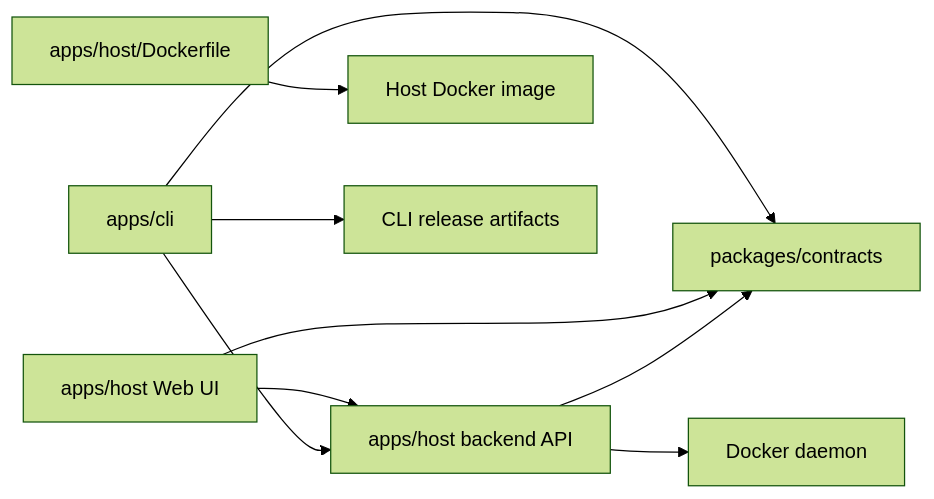
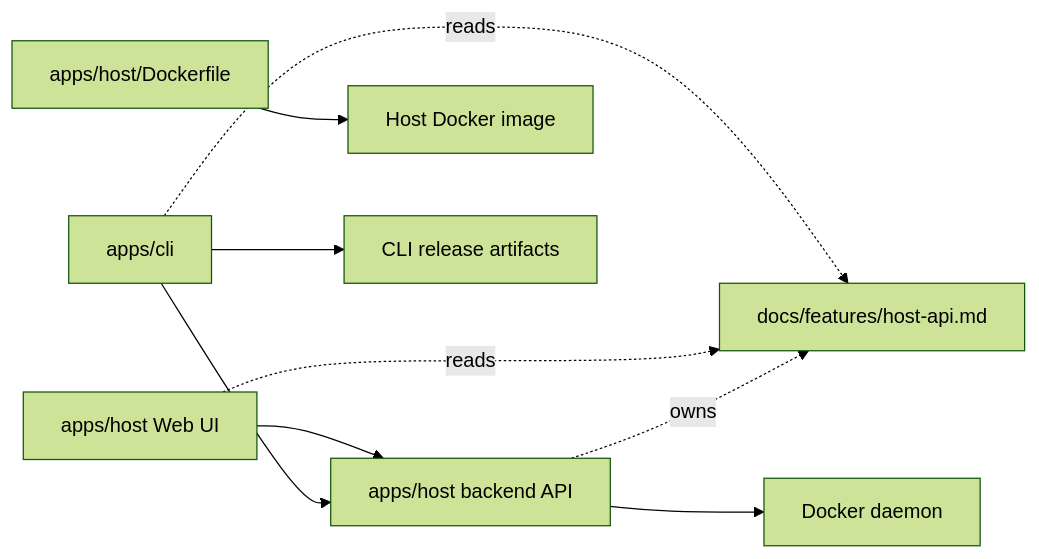
The diagram in docs/features/repository-release-model.md (alex-de-haas/docker-host), drawn with Mermaid (forest theme) before and after one commit. The commit also changed other lines of this file and 8 other files, not shown here.

````diff
--- a/docs/features/repository-release-model.md
+++ b/docs/features/repository-release-model.md
@@ -52,11 +49,11 @@
 ```mermaid
 flowchart LR
-  A["apps/cli"] --> B["packages/contracts"]
-  C["apps/host Web UI"] --> B
-  D["apps/host backend API"] --> B
+  A["apps/cli"] -. reads .-> B["docs/features/host-api.md"]
+  C["apps/host Web UI"] -. reads .-> B
+  D["apps/host backend API"] -. owns .-> B
   C --> D
   A --> D
   D --> E["Docker daemon"]
   F["apps/host/Dockerfile"] --> G["Host Docker image"]
   A --> H["CLI release artifacts"]
 ```
````
